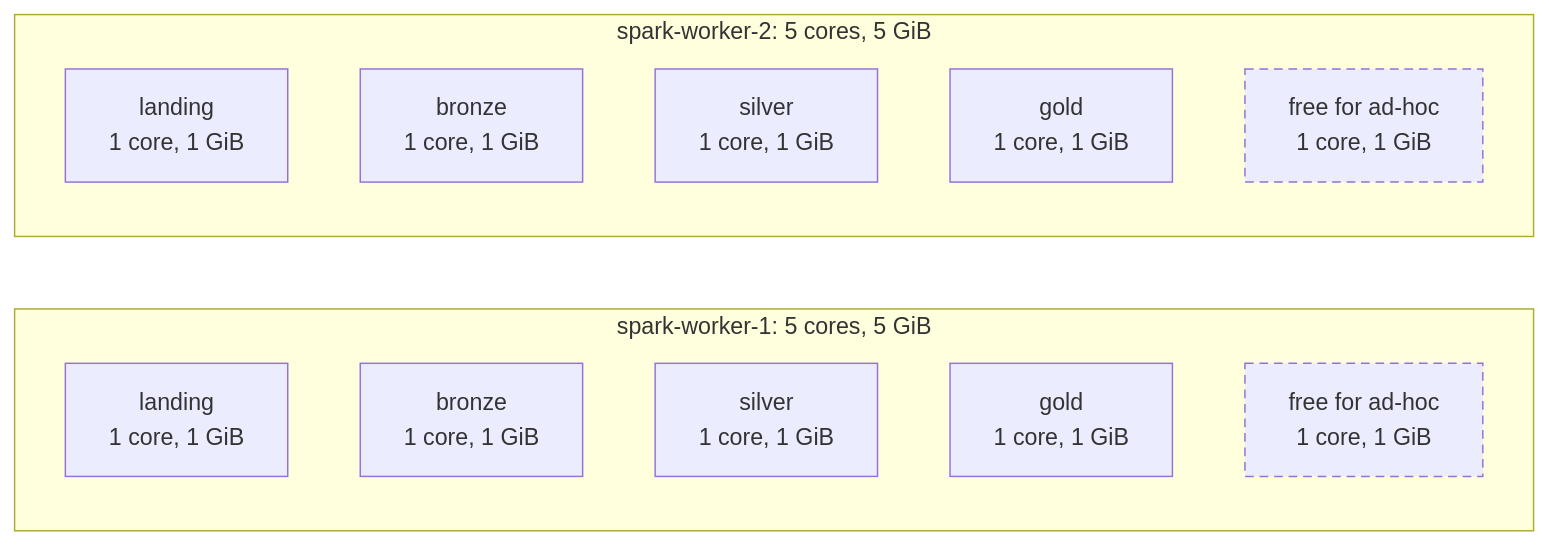
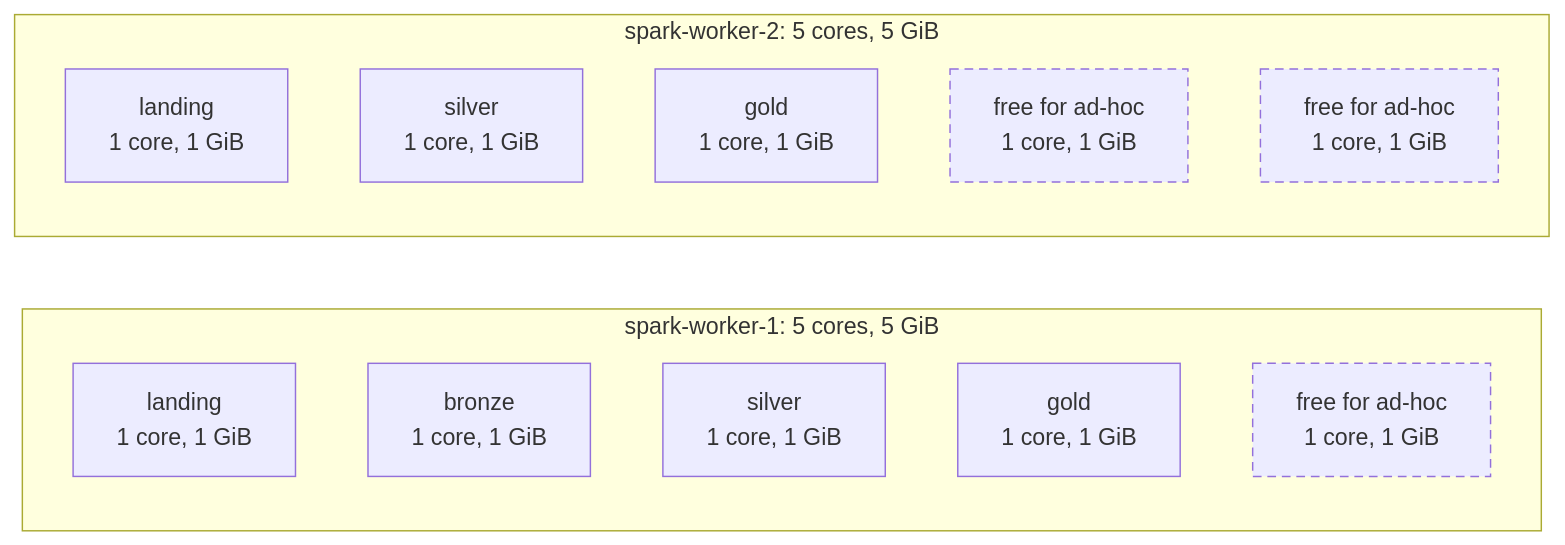
Before and after one commit to jonathan5p/deel-home-task: the diagram in docs/architecture/sizing.md, drawn with Mermaid. The commit also changed other lines of this file and 11 other files, not shown here.

````diff
--- a/docs/architecture/sizing.md
+++ b/docs/architecture/sizing.md
@@ -34,20 +34,20 @@
 ```mermaid
 flowchart LR
     subgraph w1["spark-worker-1: 5 cores, 5 GiB"]
         l1["landing<br/>1 core, 1 GiB"]
         b1["bronze<br/>1 core, 1 GiB"]
         s1["silver<br/>1 core, 1 GiB"]
         g1["gold<br/>1 core, 1 GiB"]
         f1["free for ad-hoc<br/>1 core, 1 GiB"]
     end
     subgraph w2["spark-worker-2: 5 cores, 5 GiB"]
         l2["landing<br/>1 core, 1 GiB"]
-        b2["bronze<br/>1 core, 1 GiB"]
         s2["silver<br/>1 core, 1 GiB"]
         g2["gold<br/>1 core, 1 GiB"]
         f2["free for ad-hoc<br/>1 core, 1 GiB"]
+        f3["free for ad-hoc<br/>1 core, 1 GiB"]
     end
 
     classDef free stroke-dasharray: 6 4
-    class f1,f2 free
+    class f1,f2,f3 free
 ```
````
